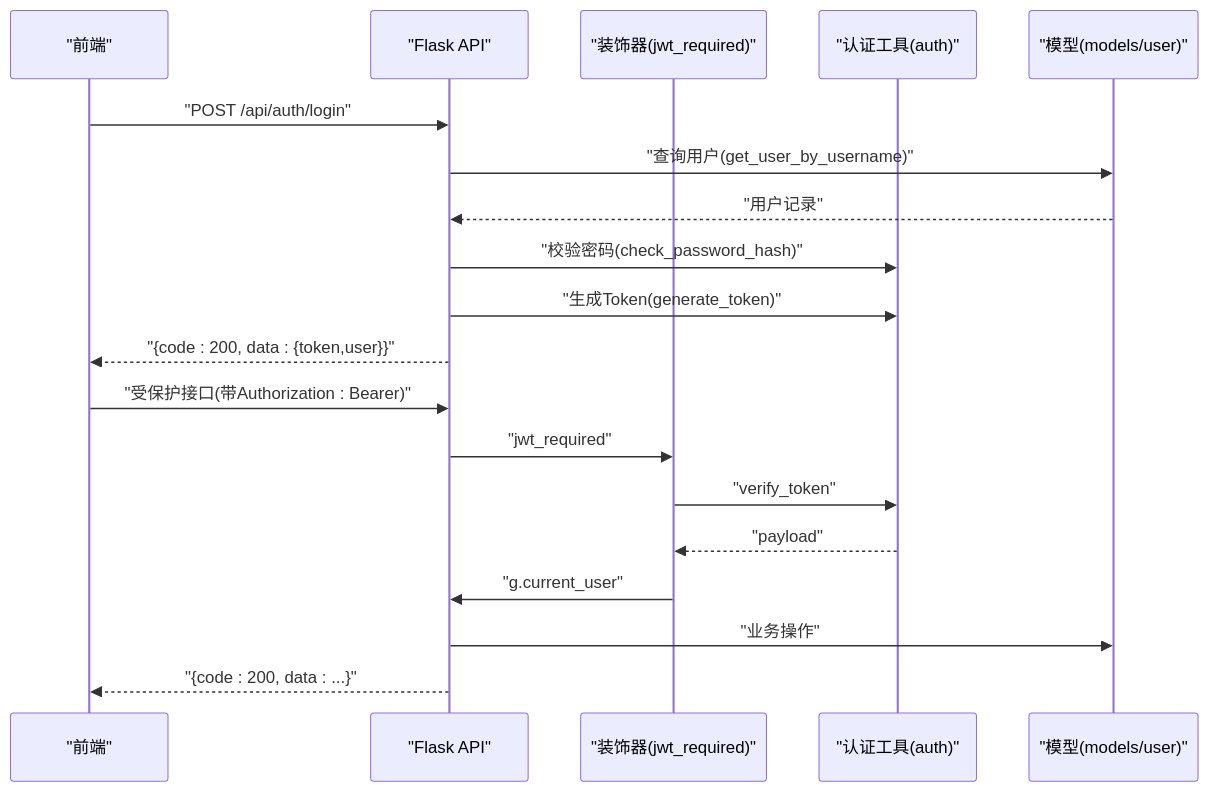
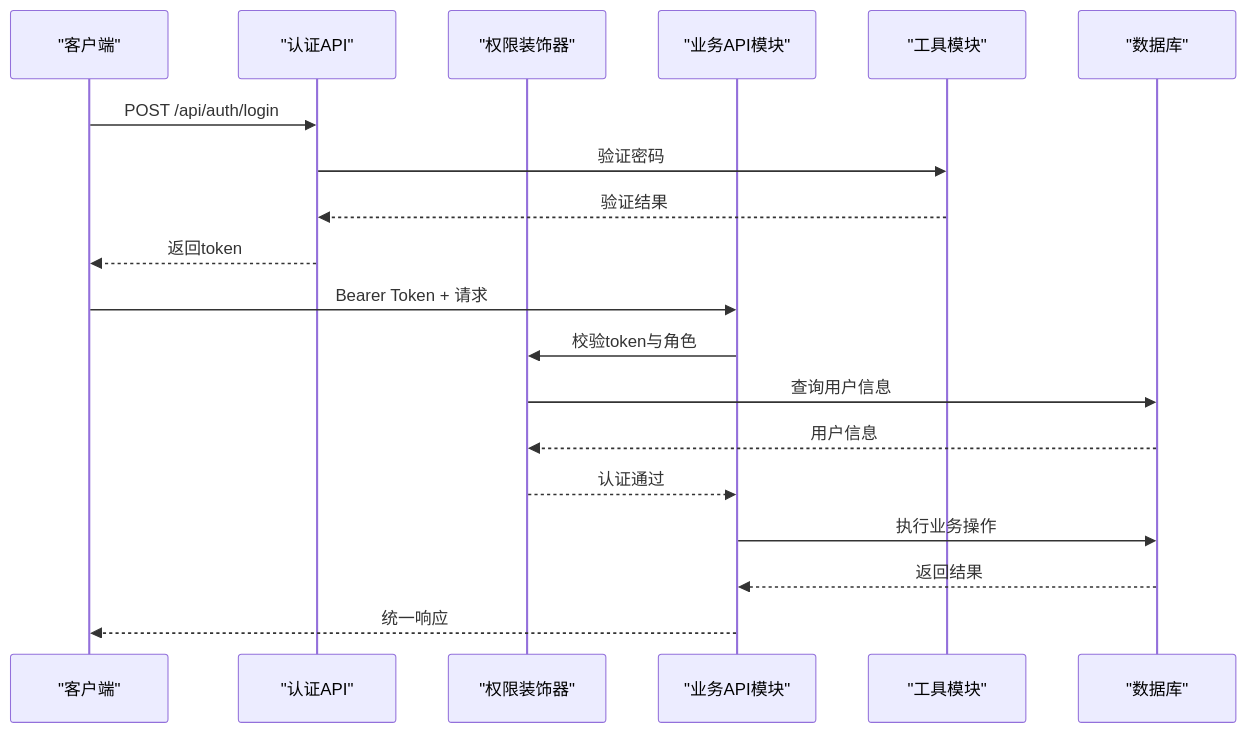
The second of 3 diagrams in .qoder/repowiki/zh/content/API接口文档/API接口文档.md (ismine3/OPS), drawn with Mermaid before and after one commit. The commit also changed other lines of this file and 157 other files, not shown here.

````diff
--- a/.qoder/repowiki/zh/content/API接口文档/API接口文档.md
+++ b/.qoder/repowiki/zh/content/API接口文档/API接口文档.md
@@ -155,21 +86,21 @@
 ```mermaid
 sequenceDiagram
-participant FE as "前端"
-participant API as "Flask API"
-participant DEC as "装饰器(jwt_required)"
-participant AUTH as "认证工具(auth)"
-participant MOD as "模型(models/user)"
-FE->>API : "POST /api/auth/login"
-API->>MOD : "查询用户(get_user_by_username)"
-MOD-->>API : "用户记录"
-API->>AUTH : "校验密码(check_password_hash)"
-API->>AUTH : "生成Token(generate_token)"
-API-->>FE : "{code : 200, data : {token,user}}"
-FE->>API : "受保护接口(带Authorization : Bearer)"
-API->>DEC : "jwt_required"
-DEC->>AUTH : "verify_token"
-AUTH-->>DEC : "payload"
-DEC->>API : "g.current_user"
-API->>MOD : "业务操作"
-API-->>FE : "{code : 200, data : ...}"
+participant Client as "客户端"
+participant Auth as "认证API"
+participant Decorators as "权限装饰器"
+participant Service as "业务API模块"
+participant Utils as "工具模块"
+participant DB as "数据库"
+Client->>Auth : POST /api/auth/login
+Auth->>Utils : 验证密码
+Utils-->>Auth : 验证结果
+Auth-->>Client : 返回token
+Client->>Service : Bearer Token + 请求
+Service->>Decorators : 校验token与角色
+Decorators->>DB : 查询用户信息
+DB-->>Decorators : 用户信息
+Decorators-->>Service : 认证通过
+Service->>DB : 执行业务操作
+DB-->>Service : 返回结果
+Service-->>Client : 统一响应
 ```
````
